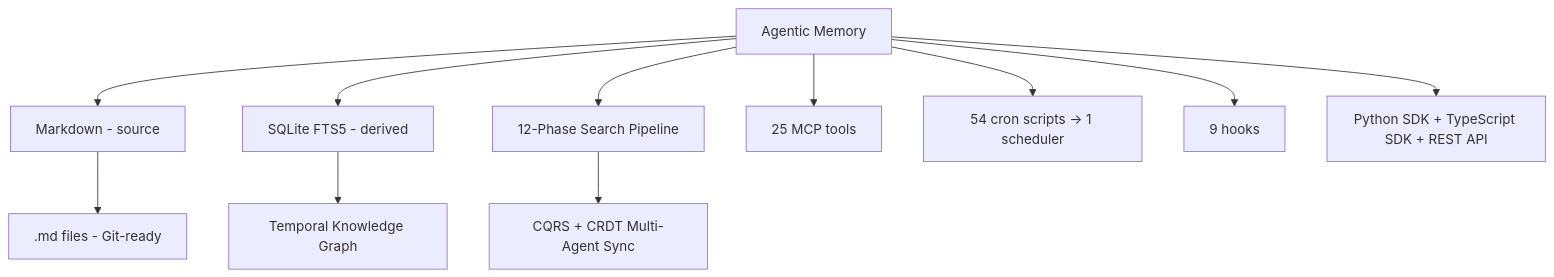
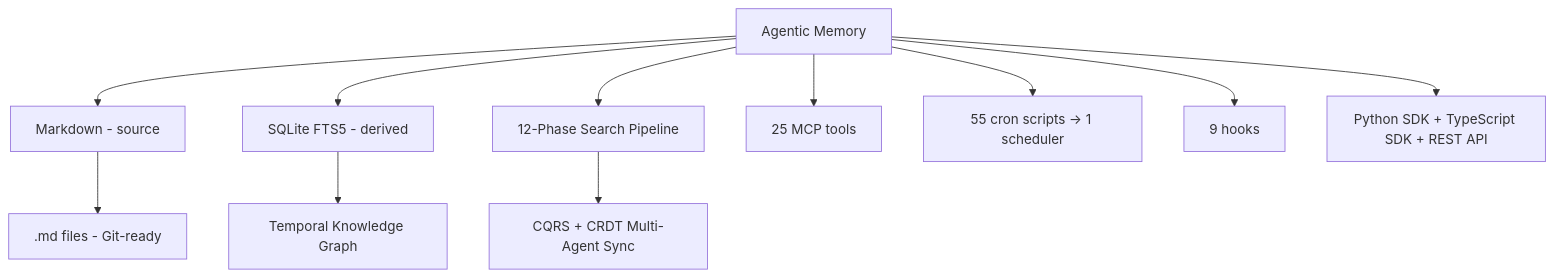
One commit to ArkaAiAdmin/Agentic-Memory changed the diagram in README.md. Above: the diagram before and after it, drawn with Mermaid. The commit also changed other lines of this file and 1 other file, not shown here.

Commit message:
chore: autogen docs update (README badges, meta.json)

````diff
--- a/README.md
+++ b/README.md
@@ -24,13 +24,13 @@
 ```mermaid
 graph TD
     A[Agentic Memory] --> B[Markdown - source]
     A --> C[SQLite FTS5 - derived]
     A --> D[12-Phase Search Pipeline]
     B --> E[.md files - Git-ready]
     C --> F[Temporal Knowledge Graph]
     D --> G[CQRS + CRDT Multi-Agent Sync]
     A --> H[25 MCP tools]
-    A --> I[54 cron scripts -> 1 scheduler]
+    A --> I[55 cron scripts -> 1 scheduler]
     A --> J[9 hooks]
     A --> K[Python SDK + TypeScript SDK + REST API]
 ```
````
